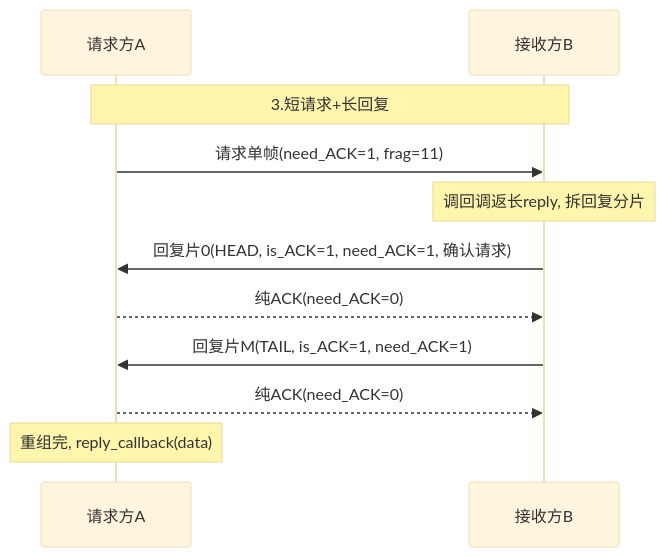
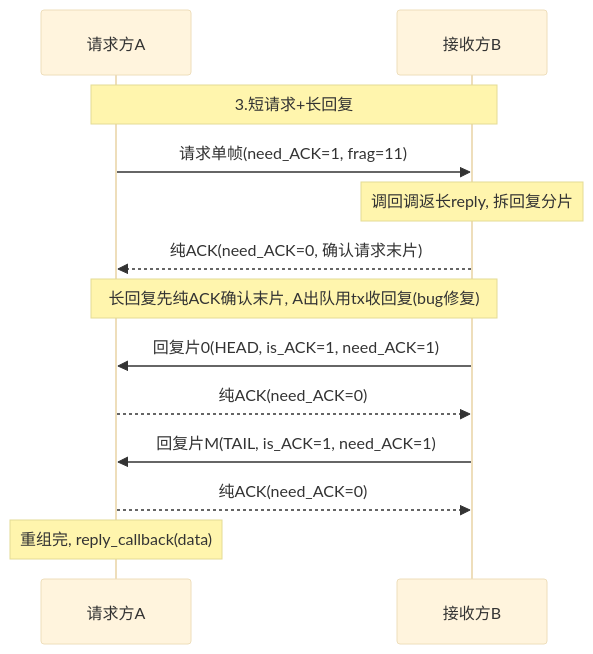
One commit to Siaiai/ObsidianNote changed the third of 13 diagrams in 工作/项目/代码/260401S3分拣面板-SIA-R9000P.md. Above: the diagram before and after it, drawn with Mermaid (base theme). The commit also changed other lines of this file, not shown here.

Commit message:
[自动]笔记同步:2026-07-14 19:42:24 涉及文件个数:1
Affected files:
工作/项目/代码/260401S3分拣面板-SIA-R9000P.md

````diff
--- a/工作/项目/代码/260401S3分拣面板-SIA-R9000P.md
+++ b/工作/项目/代码/260401S3分拣面板-SIA-R9000P.md
@@ -94,13 +94,15 @@
 ```mermaid
 sequenceDiagram
     participant A as 请求方A
     participant B as 接收方B
     Note over A,B: 3.短请求+长回复
     A->>B: 请求单帧(need_ACK=1, frag=11)
     Note over B: 调回调返长reply, 拆回复分片
-    B->>A: 回复片0(HEAD, is_ACK=1, need_ACK=1, 确认请求)
+    B-->>A: 纯ACK(need_ACK=0, 确认请求末片)
+    Note over A,B: 长回复先纯ACK确认末片, A出队用tx收回复(bug修复)
+    B->>A: 回复片0(HEAD, is_ACK=1, need_ACK=1)
     A-->>B: 纯ACK(need_ACK=0)
     B->>A: 回复片M(TAIL, is_ACK=1, need_ACK=1)
     A-->>B: 纯ACK(need_ACK=0)
     Note over A: 重组完, reply_callback(data)
 ```
````
